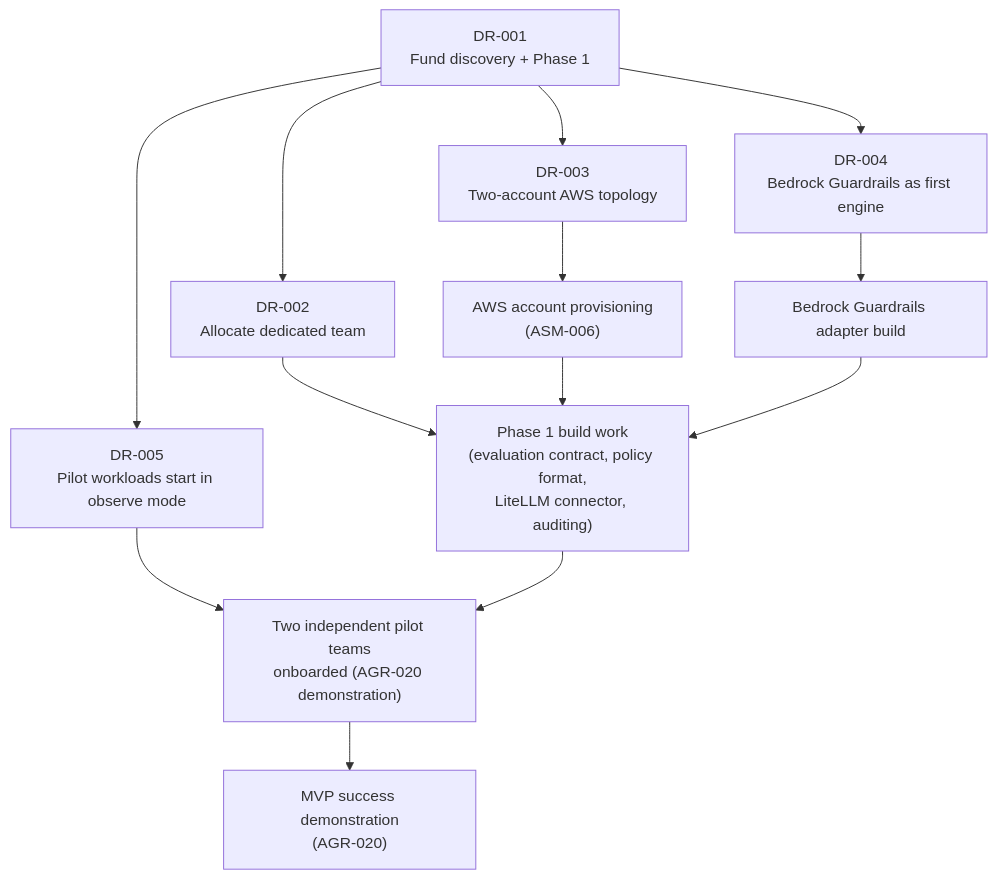
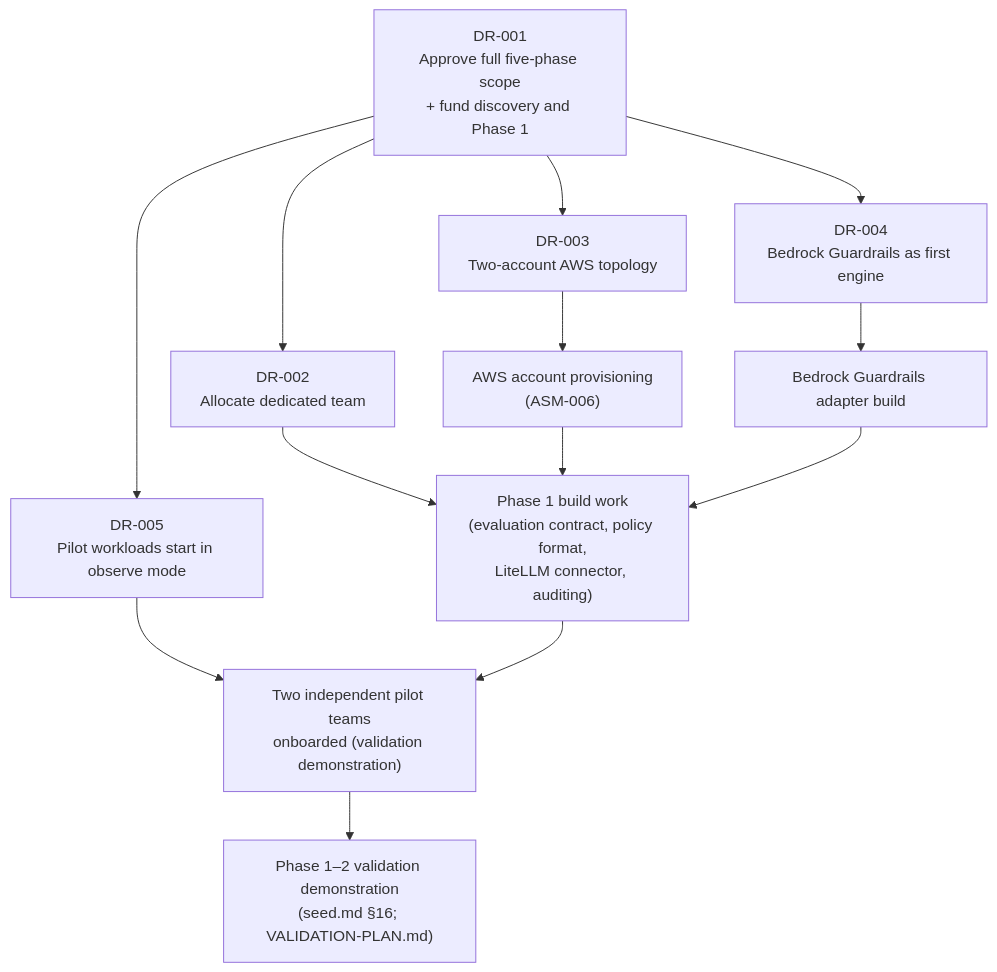
One commit to veglezMX/guardrails changed the diagram in solution-docs/30-executive/DECISION-REQUEST.md. Above: the diagram before and after it, drawn with Mermaid. The commit also changed other lines of this file and 70 other files, not shown here.

````diff
--- a/solution-docs/30-executive/DECISION-REQUEST.md
+++ b/solution-docs/30-executive/DECISION-REQUEST.md
@@ -133,17 +133,17 @@
 ```mermaid
 flowchart TD
-    DR001["DR-001\nFund discovery + Phase 1"] --> DR002["DR-002\nAllocate dedicated team"]
+    DR001["DR-001\nApprove full five-phase scope\n+ fund discovery and Phase 1"] --> DR002["DR-002\nAllocate dedicated team"]
     DR001 --> DR003["DR-003\nTwo-account AWS topology"]
     DR001 --> DR004["DR-004\nBedrock Guardrails as first engine"]
     DR001 --> DR005["DR-005\nPilot workloads start in observe mode"]
 
     DR002 --> BUILD["Phase 1 build work\n(evaluation contract, policy format,\nLiteLLM connector, auditing)"]
     DR003 --> PROV["AWS account provisioning\n(ASM-006)"]
     DR004 --> ADAPTER["Bedrock Guardrails adapter build"]
-    DR005 --> ONBOARD["Two independent pilot teams\nonboarded (AGR-020 demonstration)"]
+    DR005 --> ONBOARD["Two independent pilot teams\nonboarded (validation demonstration)"]
 
     PROV --> BUILD
     ADAPTER --> BUILD
     BUILD --> ONBOARD
-    ONBOARD --> DEMO["MVP success demonstration\n(AGR-020)"]
+    ONBOARD --> DEMO["Phase 1–2 validation demonstration\n(seed.md §16; VALIDATION-PLAN.md)"]
 ```
````
